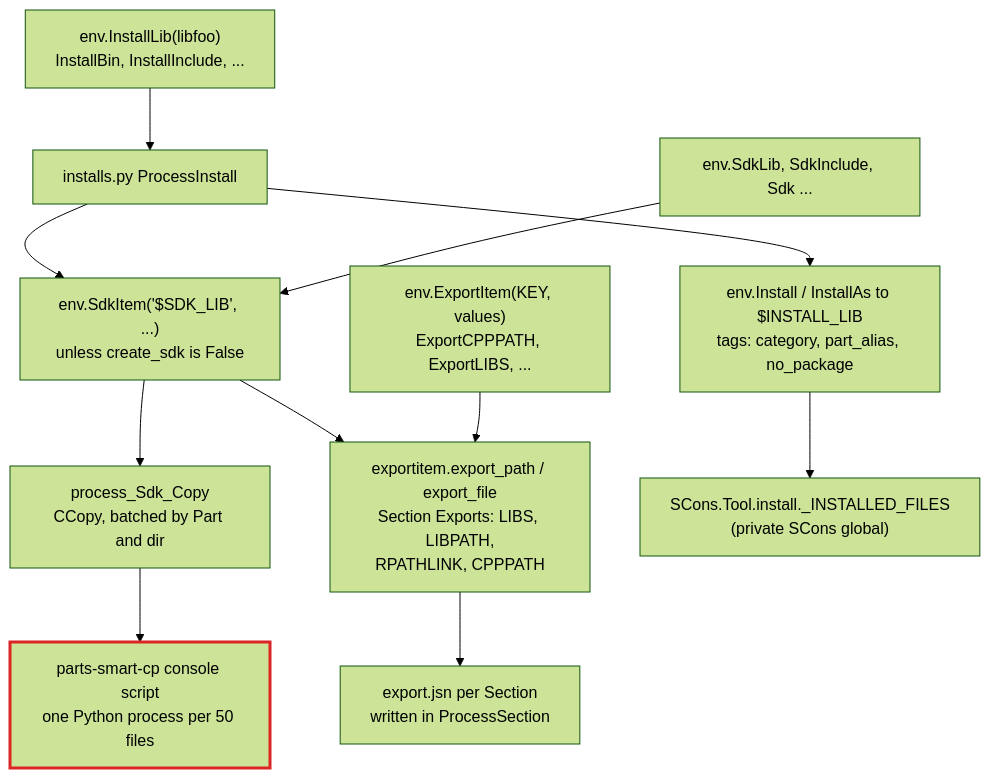
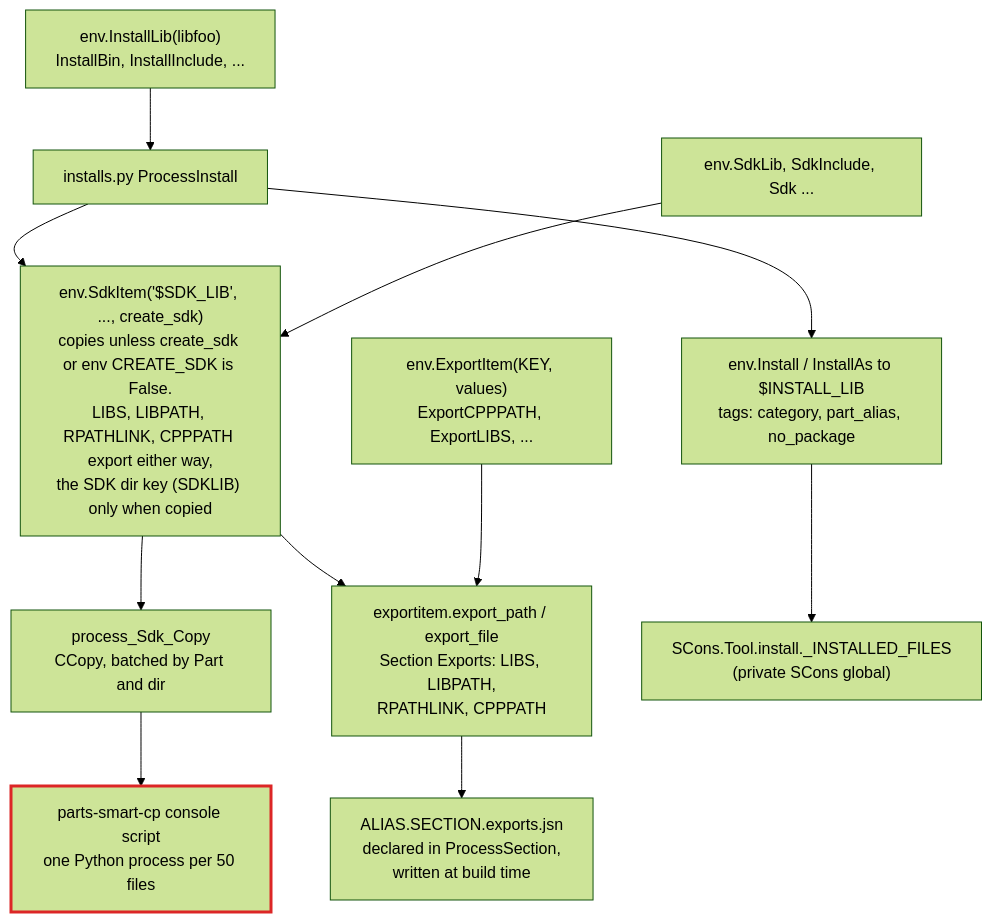
Before and after one commit to sconsparts/parts: the first of 3 diagrams in doc/architecture/06-sdk-install-packaging.md, drawn with Mermaid (forest theme). The commit also changed other lines of this file and 8 other files, not shown here.

First line of the commit message:
Correct the architecture maps after an order-and-attribution review

````diff
--- a/doc/architecture/06-sdk-install-packaging.md
+++ b/doc/architecture/06-sdk-install-packaging.md
@@ -7,14 +7,14 @@
 ```mermaid
 flowchart TD
     A["env.InstallLib(libfoo)<br/>InstallBin, InstallInclude, ..."] --> PI["installs.py ProcessInstall"]
-    PI --> SDK["env.SdkItem('$SDK_LIB', ...)<br/>unless create_sdk is False"]
+    PI --> SDK["env.SdkItem('$SDK_LIB', ..., create_sdk)<br/>copies unless create_sdk or env CREATE_SDK is False.<br/>LIBS, LIBPATH, RPATHLINK, CPPPATH export either way,<br/>the SDK dir key (SDKLIB) only when copied"]
     PI --> INS["env.Install / InstallAs to $INSTALL_LIB<br/>tags: category, part_alias, no_package"]
     B["env.SdkLib, SdkInclude, Sdk ..."] --> SDK
     SDK --> CP["process_Sdk_Copy<br/>CCopy, batched by Part and dir"]
     CP --> SC["parts-smart-cp console script<br/>one Python process per 50 files"]:::hot
     SDK --> XP["exportitem.export_path / export_file<br/>Section Exports: LIBS, LIBPATH,<br/>RPATHLINK, CPPPATH"]
     C["env.ExportItem(KEY, values)<br/>ExportCPPPATH, ExportLIBS, ..."] --> XP
-    XP --> EJ["export.jsn per Section<br/>written in ProcessSection"]
+    XP --> EJ["ALIAS.SECTION.exports.jsn<br/>declared in ProcessSection,<br/>written at build time"]
     INS --> IF["SCons.Tool.install._INSTALLED_FILES<br/>(private SCons global)"]
     classDef hot stroke:#dc2626,stroke-width:3px
 ```
````
